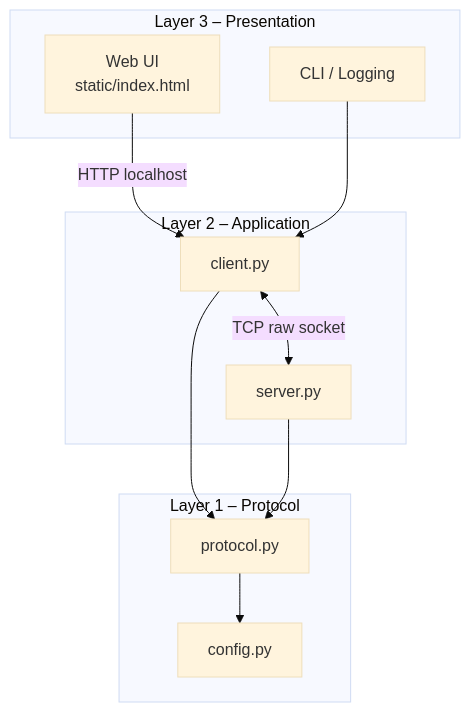
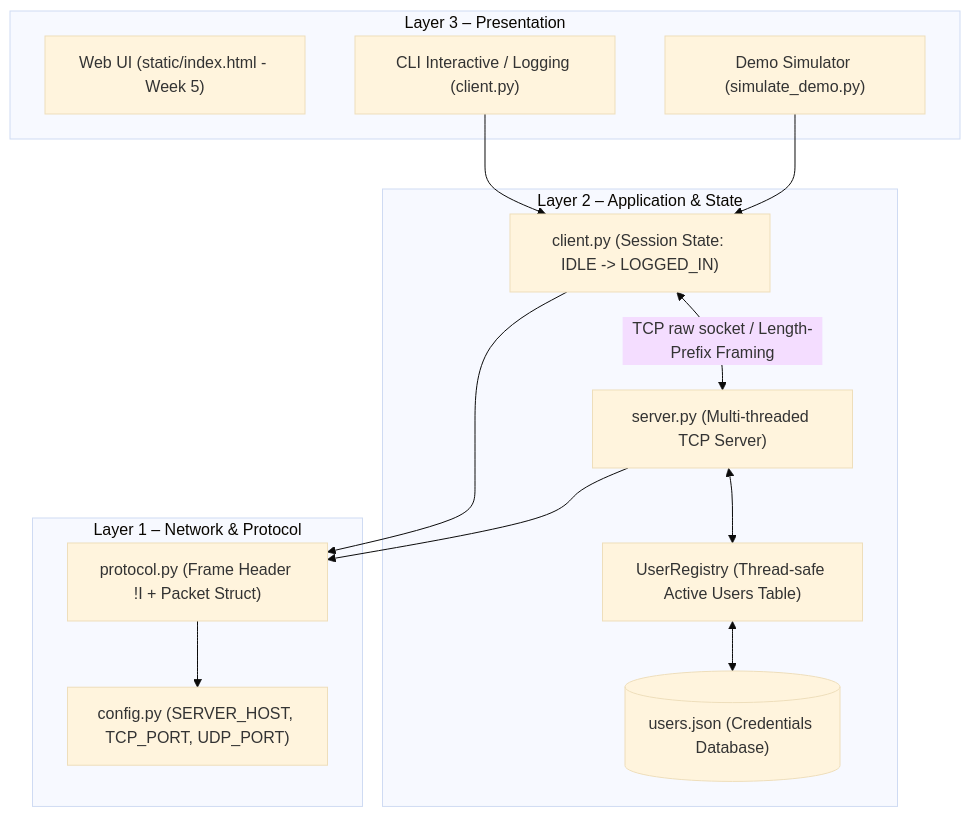
The first of 4 diagrams in docs/architecture.md (Smokiestfox/networking-app-assignment), drawn with Mermaid (base theme) before and after one commit. The commit also changed other lines of this file and 4 other files, not shown here.

Commit message:
feat(client): implement Client Session, Auth flow, Demo Simulator and update Architecture docs for Week 2

````diff
--- a/docs/architecture.md
+++ b/docs/architecture.md
@@ -9,24 +11,29 @@
 ```mermaid
 graph TD
     subgraph L3["Layer 3 – Presentation"]
-        UI["Web UI\nstatic/index.html"]
-        CLI["CLI / Logging\n"]
+        UI["Web UI (static/index.html - Week 5)"]
+        CLI["CLI Interactive / Logging (client.py)"]
+        SIM["Demo Simulator (simulate_demo.py)"]
     end
 
-    subgraph L2["Layer 2 – Application"]
-        CLIENT["client.py"]
-        SERVER["server.py"]
+    subgraph L2["Layer 2 – Application & State"]
+        CLIENT["client.py (Session State: IDLE -> LOGGED_IN)"]
+        SERVER["server.py (Multi-threaded TCP Server)"]
+        REG["UserRegistry (Thread-safe Active Users Table)"]
+        AUTH_DB[("users.json (Credentials Database)")]
     end
 
-    subgraph L1["Layer 1 – Protocol"]
-        PROTO["protocol.py"]
-        CFG["config.py"]
+    subgraph L1["Layer 1 – Network & Protocol"]
+        PROTO["protocol.py (Frame Header !I + Packet Struct)"]
+        CFG["config.py (SERVER_HOST, TCP_PORT, UDP_PORT)"]
     end
 
-    UI -->|HTTP localhost| CLIENT
     CLI --> CLIENT
-    CLIENT <-->|TCP raw socket| SERVER
+    SIM --> CLIENT
+    CLIENT <-->|TCP raw socket / Length-Prefix Framing| SERVER
+    SERVER <--> REG
+    REG <--> AUTH_DB
     CLIENT --> PROTO
     SERVER --> PROTO
     PROTO --> CFG
 ```
````
